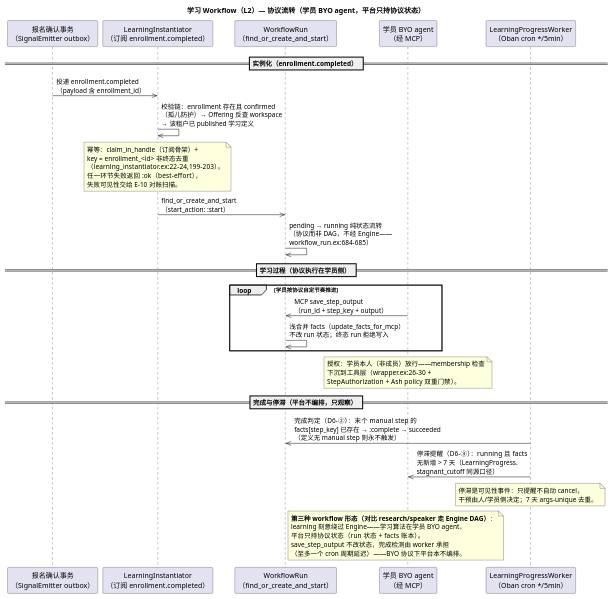
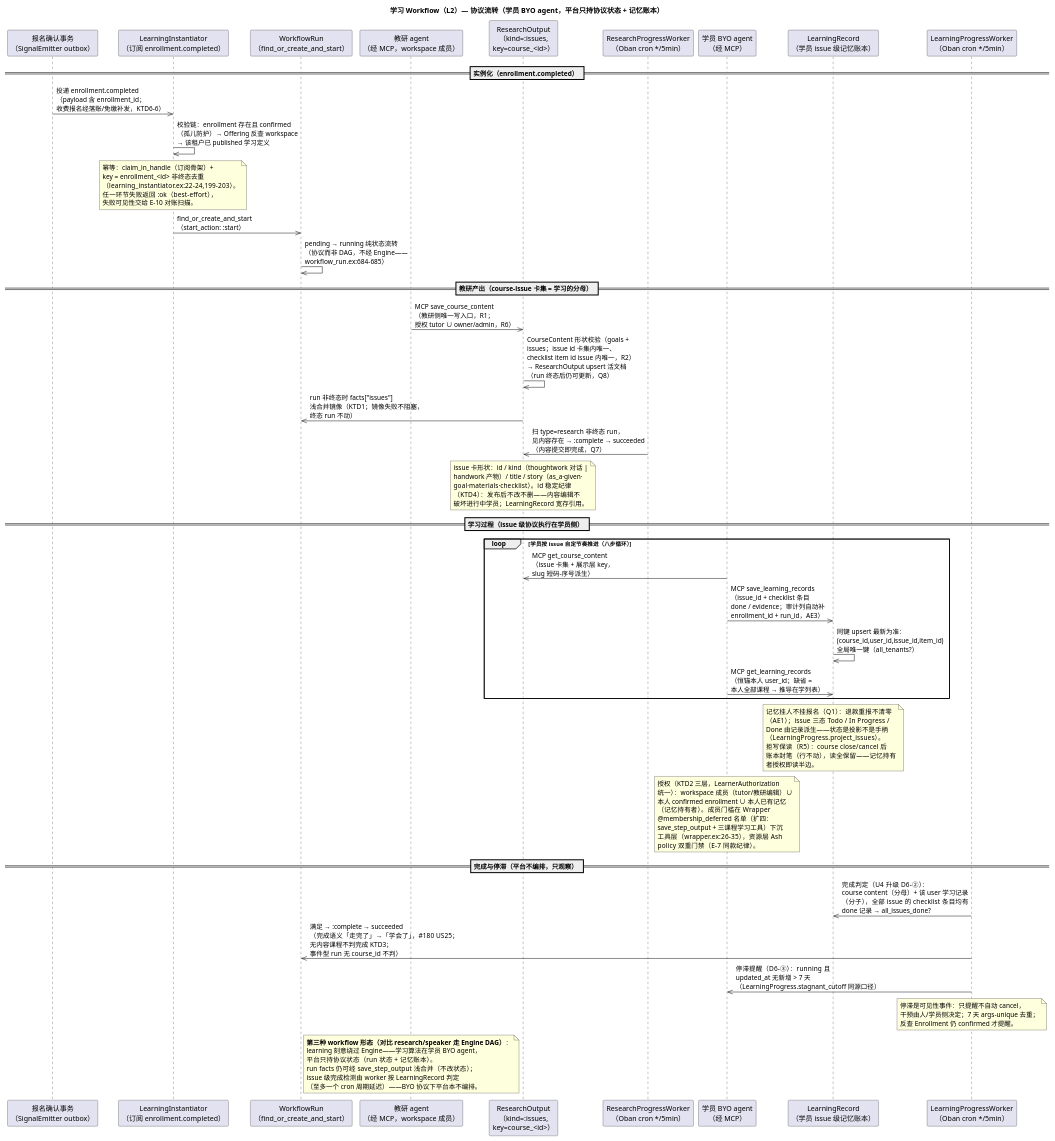
The diagram in docs/diagrams/workflow-learning.puml (CodingGirlsClub/cgc_2046), drawn with PlantUML before and after one commit. The commit also changed 22 other files, not shown here.

First line of the commit message:
docs(diagrams): payments + course-issue 合入后的图侧增量同步（10 张）

```diff
--- a/docs/diagrams/workflow-learning.puml
+++ b/docs/diagrams/workflow-learning.puml
@@ -1,61 +1,103 @@
 @startuml workflow-learning
 ' ============================================================
 ' L2 - 学习 Workflow（type=learning）— 协议流转，绕 Engine
-' 事实来源：backend/lib/cgc_2046/workflows/learning_instantiator.ex:22-24,66-74,
-'   199-203 · workflows/workflow_run.ex:415-419,674-698（find_or_create_and_start：
-'   start_action :start 纯状态流转非 DAG）· mcp/wrapper.ex:26-30 +
-'   mcp/tools/save_step_output.ex（学员 BYO 写 facts）·
-'   workflows/learning_progress.ex:9-28 · workers/learning_progress_worker.ex:1-40
+' 事实来源：backend/lib/cgc_2046/workflows/learning_instantiator.ex:22-24,
+'   66-74,199-203 · workflows/workflow_run.ex:415-419,674-698（find_or_create_
+'   and_start：start_action :start 纯状态流转非 DAG）· workflows/course_content.ex:3-26
+'   （issue 卡集形状契约，KTD4 id 稳定纪律）· workflows/learning_progress.ex:3-15,
+'   114-119（issue 级投影 + 全 issue Done 判定）· learning/learning_record.ex:1-18,
+'   128-161,201-205（学员 issue 级记忆账本）· mcp/wrapper.ex:26-35（@membership_
+'   deferred 扩四）· mcp/tools/{get_course_content,get_learning_records,save_
+'   learning_records,save_course_content}.ex · mcp/tools/learner_authorization.ex:3-14
+'   · workers/learning_progress_worker.ex:3-19 · workers/research_progress_worker.ex:3-19
 ' 说明：第三种 workflow 形态——算法在学员自带（BYO）agent，
-'   平台只持协议状态（run 状态 + facts 账本），不经 Engine 执行 DAG。
+'   平台只持协议状态（run 状态 + 记忆账本），不经 Engine 执行 DAG。
+'   course-issue 闭环（#180）：教研定义 issue 卡集（CourseContent），
+'   学员按 issue 记学习账（LearningRecord），完成 = 全部 issue Done。
 ' ============================================================
-title 学习 Workflow（L2）— 协议流转（学员 BYO agent，平台只持协议状态）
+title 学习 Workflow（L2）— 协议流转（学员 BYO agent，平台只持协议状态 + 记忆账本）
 skinparam backgroundColor white
 
 participant "报名确认事务\n（SignalEmitter outbox）" as ENR
 participant "LearningInstantiator\n（订阅 enrollment.completed）" as INST
 participant "WorkflowRun\n（find_or_create_and_start）" as RUN
+participant "教研 agent\n（经 MCP，workspace 成员）" as RAGENT
+participant "ResearchOutput\n（kind=:issues,\nkey=course_<id>）" as CNT
+participant "ResearchProgressWorker\n（Oban cron */5min）" as RPW
 participant "学员 BYO agent\n（经 MCP）" as AGENT
+participant "LearningRecord\n（学员 issue 级记忆账本）" as REC
 participant "LearningProgressWorker\n（Oban cron */5min）" as WORK
 
 == 实例化（enrollment.completed） ==
-ENR ->> INST: 投递 enrollment.completed\n（payload 含 enrollment_id）
+ENR ->> INST: 投递 enrollment.completed\n（payload 含 enrollment_id；\n收费报名经落账/免缴补发，KTD6-6）
 INST ->> INST: 校验链：enrollment 存在且 confirmed\n（孤儿防护）→ Offering 反查 workspace\n→ 该租户已 published 学习定义
 note over INST
   幂等：claim_in_handle（订阅骨架）+
   key = enrollment_<id> 非终态去重
   （learning_instantiator.ex:22-24,199-203）。
   任一环节失败返回 :ok（best-effort），
   失败可见性交给 E-10 对账扫描。
 end note
 INST ->> RUN: find_or_create_and_start\n（start_action: :start）
 RUN ->> RUN: pending → running 纯状态流转\n（协议而非 DAG，不经 Engine——\nworkflow_run.ex:684-685）
 
-== 学习过程（协议执行在学员侧） ==
-loop 学员按协议自定节奏推进
-    AGENT ->> RUN: MCP save_step_output\n（run_id + step_key + output）
-    RUN ->> RUN: 浅合并 facts（update_facts_for_mcp）\n不改 run 状态；终态 run 拒绝写入
+== 教研产出（course-issue 卡集 = 学习的分母） ==
+RAGENT ->> CNT: MCP save_course_content\n（教研侧唯一写入口，R1；\n授权 tutor ∪ owner/admin，R6）
+CNT ->> CNT: CourseContent 形状校验（goals +\nissues；issue id 卡集内唯一、\nchecklist item id issue 内唯一，R2）\n→ ResearchOutput upsert 活文档\n（run 终态后仍可更新，Q8）
+CNT ->> RUN: run 非终态时 facts["issues"]\n浅合并镜像（KTD1；镜像失败不阻塞，\n终态 run 不动）
+RPW ->> CNT: 扫 type=research 非终态 run，\n见内容存在 → :complete → succeeded\n（内容提交即完成，Q7）
+note over CNT
+  issue 卡形状：id / kind（thoughtwork 对话 |
+  handwork 产物）/ title / story（as_a·given·
+  goal·materials·checklist）。id 稳定纪律
+  （KTD4）：发布后不改不删——内容编辑不
+  破坏进行中学员；LearningRecord 宽存引用。
+end note
+
+== 学习过程（issue 级协议执行在学员侧） ==
+loop 学员按 issue 自定节奏推进（八步循环）
+    AGENT ->> CNT: MCP get_course_content\n（issue 卡集 + 展示层 key，\nslug 短码-序号派生）
+    AGENT ->> REC: MCP save_learning_records\n（issue_id + checklist 条目\ndone / evidence；审计列自动补\nenrollment_id + run_id，AE3）
+    REC ->> REC: 同键 upsert 最新为准：\n(course_id,user_id,issue_id,item_id)\n全局唯一键（all_tenants?）
+    AGENT ->> REC: MCP get_learning_records\n（恒锚本人 user_id；缺省 =\n本人全部课程 → 推导在学列表）
 end
+note over REC
+  记忆挂人不挂报名（Q1）：退款重报不清零
+  （AE1）；issue 三态 Todo / In Progress /
+  Done 由记录派生——状态是投影不是手柄
+  （LearningProgress.project_issues）。
+  拒写保读（R5）：course close/cancel 后
+  账本封笔（行不动），读全保留——记忆持有
+  者授权即读半边。
+end note
 note over AGENT
-  授权：学员本人（非成员）放行——membership 检查
-  下沉到工具层（wrapper.ex:26-30 +
-  StepAuthorization + Ash policy 双重门禁）。
+  授权（KTD2 三层，LearnerAuthorization
+  统一）：workspace 成员（tutor/教研编辑）∪
+  本人 confirmed enrollment ∪ 本人已有记忆
+  （记忆持有者）。成员门槛在 Wrapper
+  @membership_deferred 名单（扩四：
+  save_step_output + 三课程学习工具）下沉
+  工具层（wrapper.ex:26-35），资源层 Ash
+  policy 双重门禁（E-7 同款纪律）。
 end note
 
 == 完成与停滞（平台不编排，只观察） ==
-WORK ->> RUN: 完成判定（D6-②）：末个 manual step 的\nfacts[step_key] 已存在 → :complete → succeeded\n（定义无 manual step 则永不触发）
-WORK ->> AGENT: 停滞提醒（D6-③）：running 且 facts\n无新增 > 7 天（LearningProgress.\nstagnant_cutoff 同源口径）
+WORK ->> REC: 完成判定（U4 升级 D6-②）：\ncourse content（分母）+ 该 user 学习记录\n（分子），全部 issue 的 checklist 条目均有\ndone 记录 → all_issues_done?
+WORK ->> RUN: 满足 → :complete → succeeded\n（完成语义「走完了」→「学会了」，#180 US25；\n无内容课程不判完成 KTD3；\n事件型 run 无 course_id 不判）
+WORK ->> AGENT: 停滞提醒（D6-③）：running 且\nupdated_at 无新增 > 7 天\n（LearningProgress.stagnant_cutoff 同源口径）
 note over WORK
   停滞是可见性事件：只提醒不自动 cancel，
-  干预由人/学员侧决定；7 天 args-unique 去重。
+  干预由人/学员侧决定；7 天 args-unique 去重；
+  反查 Enrollment 仍 confirmed 才提醒。
 end note
 
 note right of RUN
   **第三种 workflow 形态（对比 research/speaker 走 Engine DAG）**：
   learning 刻意绕过 Engine——学习算法在学员 BYO agent，
-  平台只持协议状态（run 状态 + facts 账本）。
-  save_step_output 不改状态，完成检测由 worker 承担
+  平台只持协议状态（run 状态 + 记忆账本）。
+  run facts 仍可经 save_step_output 浅合并（不改状态）；
+  issue 级完成检测由 worker 按 LearningRecord 判定
   （至多一个 cron 周期延迟）——BYO 协议下平台本不编排。
 end note
 
 @enduml
```
